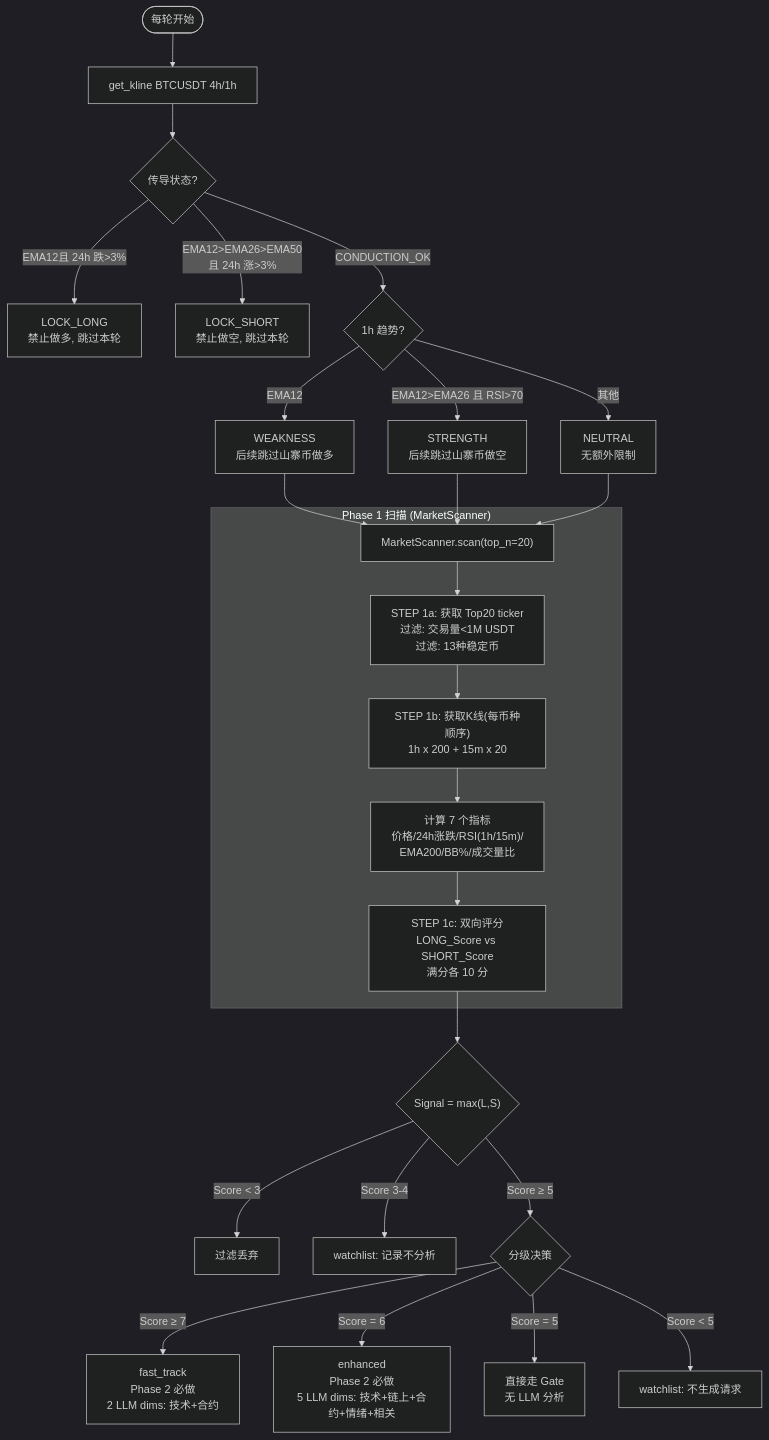
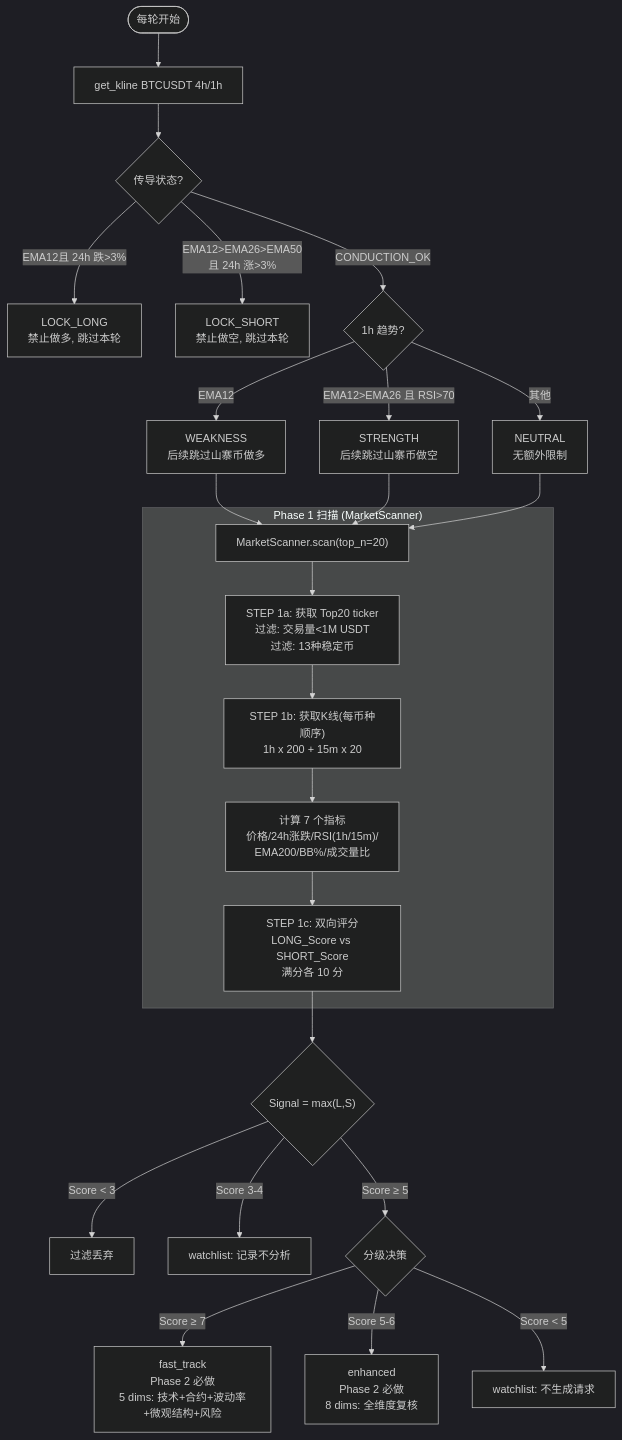
Before and after one commit to zihpzhong/Vibe-Trading: the second of 5 diagrams in docs/auto-trading-plan.md, drawn with Mermaid (dark theme). The commit also changed other lines of this file and 16 other files, not shown here.

````diff
--- a/docs/auto-trading-plan.md
+++ b/docs/auto-trading-plan.md
@@ -69,34 +69,33 @@
 ```mermaid
 flowchart TD
     START(["每轮开始"]) --> BTC[get_kline BTCUSDT 4h/1h]
     BTC --> COND{传导状态?}
 
     COND -->|EMA12<EMA26<EMA50<br>且 24h 跌>3%| LOCK_LONG[LOCK_LONG<br>禁止做多, 跳过本轮]
     COND -->|EMA12>EMA26>EMA50<br>且 24h 涨>3%| LOCK_SHORT[LOCK_SHORT<br>禁止做空, 跳过本轮]
     COND -->|CONDUCTION_OK| TREND{1h 趋势?}
 
     TREND -->|EMA12<EMA26| WEAK[WEAKNESS<br>后续跳过山寨币做多]
     TREND -->|EMA12>EMA26 且 RSI>70| STRONG[STRENGTH<br>后续跳过山寨币做空]
     TREND -->|其他| NEUTRAL[NEUTRAL<br>无额外限制]
 
     WEAK --> SCAN
     STRONG --> SCAN
     NEUTRAL --> SCAN
 
     subgraph PHASE1["Phase 1 扫描 (MarketScanner)"]
         SCAN["MarketScanner.scan(top_n=20)"] --> TICKER["STEP 1a: 获取 Top20 ticker<br>过滤: 交易量<1M USDT<br>过滤: 13种稳定币"]
         TICKER --> KLINE["STEP 1b: 获取K线(每币种顺序)<br>1h x 200 + 15m x 20"]
         KLINE --> INDICATORS["计算 7 个指标<br>价格/24h涨跌/RSI(1h/15m)/<br>EMA200/BB%/成交量比"]
         INDICATORS --> SCORE["STEP 1c: 双向评分<br>LONG_Score vs SHORT_Score<br>满分各 10 分"]
     end
 
     SCORE --> RANK{"Signal = max(L,S)"}
     RANK -->|Score < 3| FILTER[过滤丢弃]
     RANK -->|Score 3-4| WATCH[watchlist: 记录不分析]
     RANK -->|Score ≥ 5| TIER{分级决策}
 
-    TIER -->|Score ≥ 7| FAST[fast_track<br>Phase 2 必做<br>2 LLM dims: 技术+合约]
-    TIER -->|Score = 6| ENHANCED[enhanced<br>Phase 2 必做<br>5 LLM dims: 技术+链上+合约+情绪+相关]
-    TIER -->|Score = 5| NOLLM[直接走 Gate<br>无 LLM 分析]
+    TIER -->|Score ≥ 7| FAST[fast_track<br>Phase 2 必做<br>5 dims: 技术+合约+波动率+微观结构+风险]
+    TIER -->|Score 5-6| ENHANCED[enhanced<br>Phase 2 必做<br>8 dims: 全维度复核]
     TIER -->|Score < 5| END[watchlist: 不生成请求]
 ```
````
